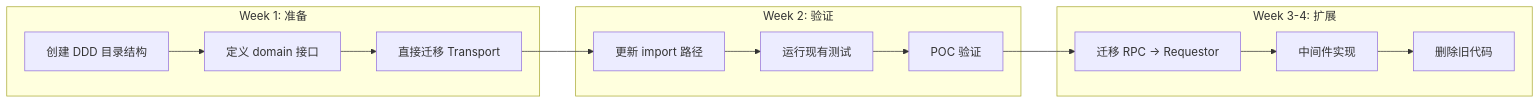
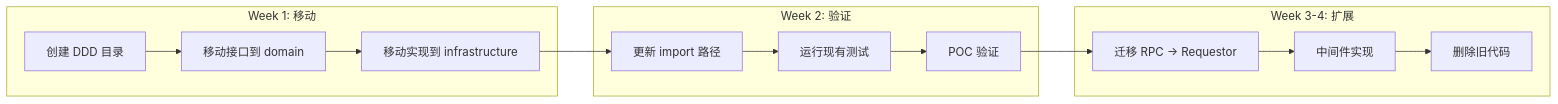
Before and after one commit to jzhang405/NexKV: the diagram in docs/06_PM/feature/2026-02-19_PR-phase1-week1-2-transport-poc_Pre.md, drawn with Mermaid. The commit also changed other lines of this file, not shown here.

First line of the commit message:
docs: Phase 1 Week 1-2 DDD 重构 Pre 文档 V1.3

````diff
--- a/docs/06_PM/feature/2026-02-19_PR-phase1-week1-2-transport-poc_Pre.md
+++ b/docs/06_PM/feature/2026-02-19_PR-phase1-week1-2-transport-poc_Pre.md
@@ -78,20 +85,20 @@
 ```mermaid
 flowchart LR
-    subgraph "Week 1: 准备"
-        A1[创建 DDD 目录结构] --> A2[定义 domain 接口]
-        A2 --> A3[直接迁移 Transport]
+    subgraph "Week 1: 移动"
+        A1[创建 DDD 目录] --> A2[移动接口到 domain]
+        A2 --> A3[移动实现到 infrastructure]
     end
 
     subgraph "Week 2: 验证"
         B1[更新 import 路径] --> B2[运行现有测试]
         B2 --> B3[POC 验证]
     end
 
     subgraph "Week 3-4: 扩展"
         C1[迁移 RPC → Requestor] --> C2[中间件实现]
         C2 --> C3[删除旧代码]
     end
 
     A3 --> B1
     B3 --> C1
 ```
````
